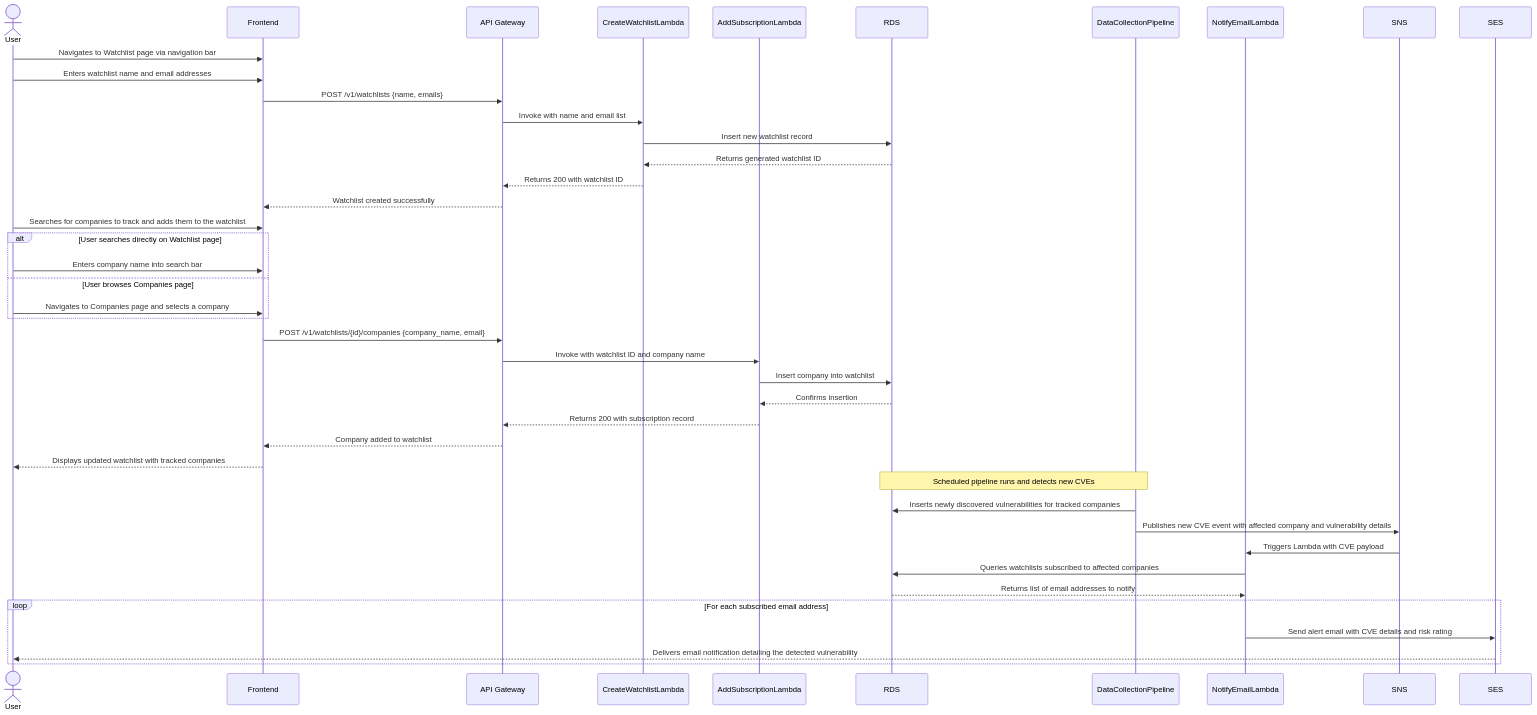
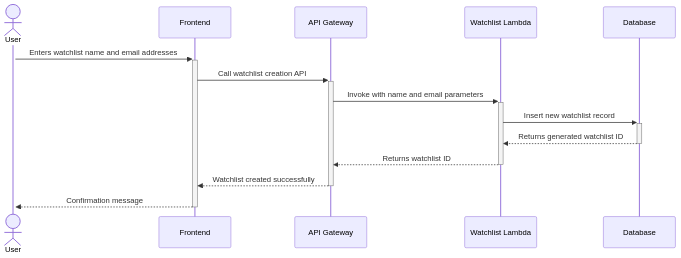
One commit to Benny-Wu06/amass_delta changed the diagram in sequence_diagrams/caseC.md. Above: the diagram before and after it, drawn with Mermaid. The commit also changed 4 other files, not shown here.

Commit message:
updated sequence diagrams

````diff
--- a/sequence_diagrams/caseC.md
+++ b/sequence_diagrams/caseC.md
@@ -1,55 +1,21 @@
 ```mermaid
 sequenceDiagram
     actor User
     participant Frontend
     participant API Gateway
-    participant CreateWatchlistLambda
-    participant AddSubscriptionLambda
-    participant RDS
-    participant DataCollectionPipeline
-    participant NotifyEmailLambda
-    participant SNS
-    participant SES
+    participant Lambda as Watchlist Lambda
+    participant DB as Database
 
-    User->>Frontend: Navigates to Watchlist page via navigation bar
-    User->>Frontend: Enters watchlist name and email addresses
+    activate User
 
-    Frontend->>API Gateway: POST /v1/watchlists {name, emails}
-    API Gateway->>CreateWatchlistLambda: Invoke with name and email list
-    CreateWatchlistLambda->>RDS: Insert new watchlist record
-    RDS-->>CreateWatchlistLambda: Returns generated watchlist ID
-    CreateWatchlistLambda-->>API Gateway: Returns 200 with watchlist ID
-    API Gateway-->>Frontend: Watchlist created successfully
+    User->>+Frontend: Enters watchlist name and email addresses
 
-    User->>Frontend: Searches for companies to track and adds them to the watchlist
+    Frontend->>+API Gateway: Call watchlist creation API
+    API Gateway->>+Lambda: Invoke with name and email parameters
+    Lambda->>+DB: Insert new watchlist record
+    DB-->>-Lambda: Returns generated watchlist ID
+    Lambda-->>-API Gateway: Returns watchlist ID
+    API Gateway-->>-Frontend: Watchlist created successfully
 
-    alt User searches directly on Watchlist page
-        User->>Frontend: Enters company name into search bar
-    else User browses Companies page
-        User->>Frontend: Navigates to Companies page and selects a company
-    end
-
-    Frontend->>API Gateway: POST /v1/watchlists/{id}/companies {company_name, email}
-    API Gateway->>AddSubscriptionLambda: Invoke with watchlist ID and company name
-    AddSubscriptionLambda->>RDS: Insert company into watchlist
-    RDS-->>AddSubscriptionLambda: Confirms insertion
-    AddSubscriptionLambda-->>API Gateway: Returns 200 with subscription record
-    API Gateway-->>Frontend: Company added to watchlist
-
-    Frontend-->>User: Displays updated watchlist with tracked companies
-
-    Note over DataCollectionPipeline, RDS: Scheduled pipeline runs and detects new CVEs
-
-    DataCollectionPipeline->>RDS: Inserts newly discovered vulnerabilities for tracked companies
-    DataCollectionPipeline->>SNS: Publishes new CVE event with affected company and vulnerability details
-
-    SNS->>NotifyEmailLambda: Triggers Lambda with CVE payload
-
-    NotifyEmailLambda->>RDS: Queries watchlists subscribed to affected companies
-    RDS-->>NotifyEmailLambda: Returns list of email addresses to notify
-
-    loop For each subscribed email address
-        NotifyEmailLambda->>SES: Send alert email with CVE details and risk rating
-        SES-->>User: Delivers email notification detailing the detected vulnerability
-    end
+    Frontend-->>-User: Confirmation message
 ```
````
